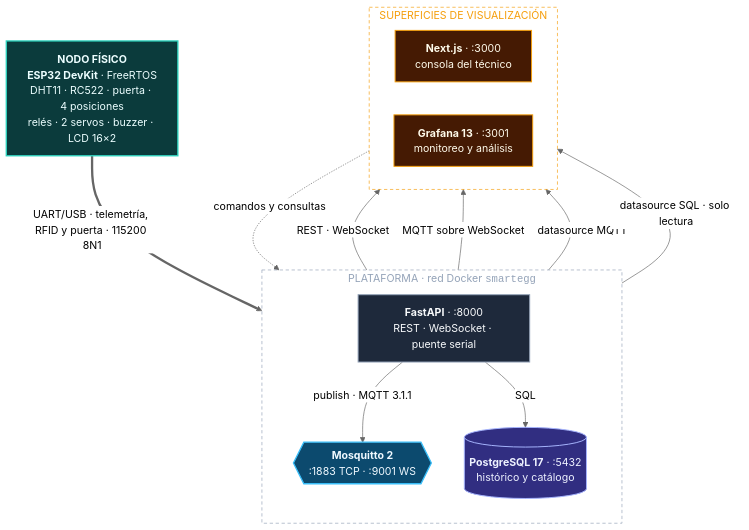
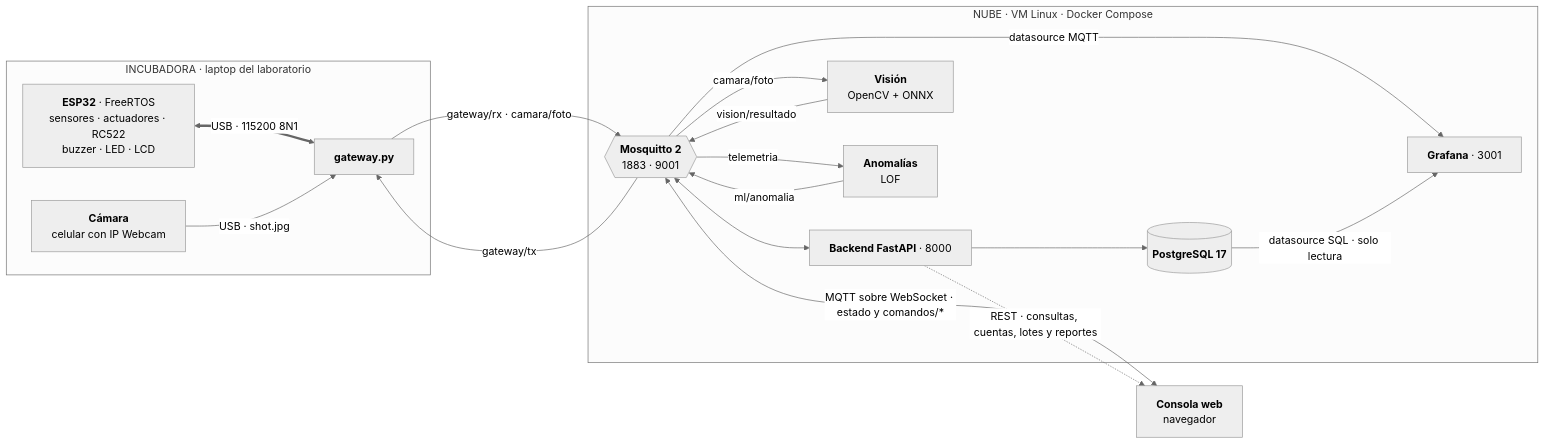
The second of 7 diagrams in Proyecto_2_SmartEgg/README.md (ricardious/AYC2_G3), drawn with Mermaid (neutral theme) before and after one commit. The commit also changed other lines of this file and 11 other files, not shown here.

````diff
--- a/Proyecto_2_SmartEgg/README.md
+++ b/Proyecto_2_SmartEgg/README.md
@@ -58,41 +205,32 @@
 ```mermaid
-flowchart TB
-    NODE["<b>NODO FÍSICO</b><br/><b>ESP32 DevKit</b> · FreeRTOS<br/>DHT11 · RC522 · puerta · 4 posiciones<br/>relés · 2 servos · buzzer · LCD 16×2"]
-
-    subgraph PLATAFORMA["PLATAFORMA · red Docker <code>smartegg</code>"]
-        direction TB
-        API["<b>FastAPI</b> · :8000<br/>REST · WebSocket · puente serial"]
-        MQTT{{"<b>Mosquitto 2</b><br/>:1883 TCP · :9001 WS"}}
-        DB[("<b>PostgreSQL 17</b> · :5432<br/>histórico y catálogo")]
-        API -->|"publish · MQTT 3.1.1"| MQTT
-        API -->|"SQL"| DB
+flowchart LR
+    subgraph LOCAL["INCUBADORA · laptop del laboratorio"]
+        ESP["<b>ESP32</b> · FreeRTOS<br/>sensores · actuadores · RC522<br/>buzzer · LED · LCD"]
+        CAM["<b>Cámara</b><br/>celular con IP Webcam"]
+        GW["<b>gateway.py</b>"]
+        ESP <==>|"USB · 115200 8N1"| GW
+        CAM -->|"USB · shot.jpg"| GW
     end
 
-    subgraph CONSUMO["SUPERFICIES DE VISUALIZACIÓN"]
-        direction LR
-        WEB["<b>Next.js</b> · :3000<br/>consola del técnico"]
-        GRAFANA["<b>Grafana 13</b> · :3001<br/>monitoreo y análisis"]
+    subgraph NUBE["NUBE · VM Linux · Docker Compose"]
+        MQ{{"<b>Mosquitto 2</b><br/>1883 · 9001"}}
+        BE["<b>Backend FastAPI</b> · 8000"]
+        DB[("<b>PostgreSQL 17</b>")]
+        VIS["<b>Visión</b><br/>OpenCV + ONNX"]
+        ML["<b>Anomalías</b><br/>LOF"]
+        GF["<b>Grafana</b> · 3001"]
     end
 
-    NODE ==>|"UART/USB · telemetría, RFID y puerta · 115200 8N1"| API
-    API -->|"REST · WebSocket"| WEB
-    WEB -.->|"comandos y consultas"| API
-    MQTT -->|"MQTT sobre WebSocket"| WEB
-    MQTT -->|"datasource MQTT"| GRAFANA
-    DB -->|"datasource SQL · solo lectura"| GRAFANA
+    WEB["<b>Consola web</b><br/>navegador"]
 
-    classDef fisico fill:#0b3b3c,stroke:#2dd4bf,color:#ecfeff,stroke-width:2px
-    classDef servicio fill:#1e293b,stroke:#94a3b8,color:#f8fafc,stroke-width:1.5px
-    classDef almacen fill:#312e81,stroke:#a5b4fc,color:#eef2ff,stroke-width:1.5px
-    classDef broker fill:#0c4a6e,stroke:#38bdf8,color:#f0f9ff,stroke-width:2px
-    classDef vista fill:#451a03,stroke:#f59e0b,color:#fffbeb,stroke-width:1.5px
-
-    class NODE fisico
-    class API servicio
-    class DB almacen
-    class MQTT broker
-    class WEB,GRAFANA vista
-
-    style PLATAFORMA fill:none,stroke:#94a3b8,stroke-dasharray:5 4,color:#94a3b8
-    style CONSUMO fill:none,stroke:#f59e0b,stroke-dasharray:5 4,color:#f59e0b
+    GW -->|"gateway/rx · camara/foto"| MQ
+    MQ -->|"gateway/tx"| GW
+    MQ <--> BE
+    BE --> DB
+    MQ -->|"camara/foto"| VIS -->|"vision/resultado"| MQ
+    MQ -->|"telemetria"| ML -->|"ml/anomalia"| MQ
+    MQ -->|"datasource MQTT"| GF
+    DB -->|"datasource SQL · solo lectura"| GF
+    MQ <-->|"MQTT sobre WebSocket · estado y comandos/*"| WEB
+    BE -.->|"REST · consultas, cuentas, lotes y reportes"| WEB
 ```
````
